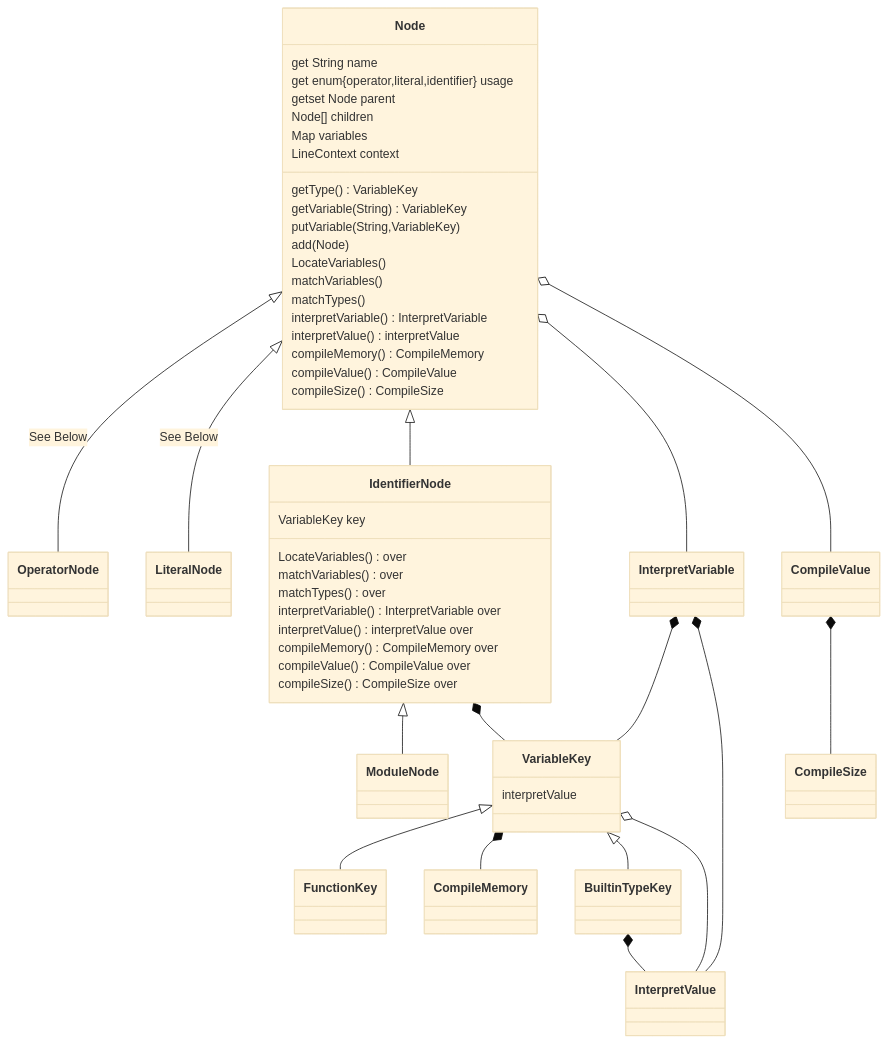
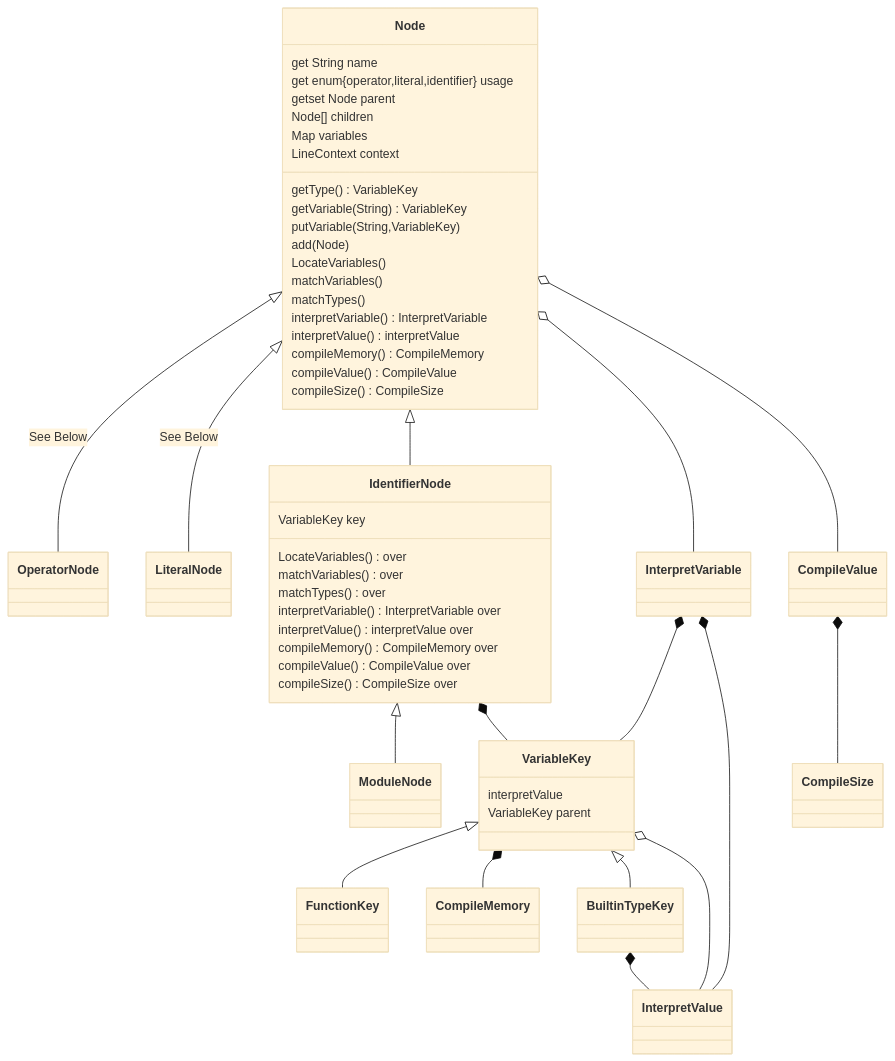
One commit to Jzhyang1/Monomer changed the first of 4 diagrams in README.md. Above: the diagram before and after it, drawn with Mermaid (base theme). The commit also changed other lines of this file, not shown here.

````diff
--- a/README.md
+++ b/README.md
@@ -239,49 +239,50 @@
 ```mermaid
 classDiagram
 Node <|-- OperatorNode: See Below
 Node <|-- LiteralNode: See Below
 Node <|-- IdentifierNode
 Node o-- InterpretVariable
 IdentifierNode <|-- ModuleNode
 IdentifierNode *-- VariableKey
 VariableKey <|-- FunctionKey
 VariableKey *-- CompileMemory
 VariableKey <|-- BuiltinTypeKey
 BuiltinTypeKey *-- InterpretValue
 VariableKey o-- InterpretValue
 InterpretVariable *-- VariableKey
 CompileValue *-- CompileSize
 Node o-- CompileValue
 InterpretVariable *-- InterpretValue
 
 Node: get String name
 Node: get enum{operator,literal,identifier} usage
 Node: getset Node parent
 Node: Node[] children
 Node: Map<String, VariableKey> variables
 Node: LineContext context
 Node: getType() VariableKey
 Node: getVariable(String) VariableKey
 Node: putVariable(String,VariableKey)
 Node: add(Node)
 Node: LocateVariables()
 Node: matchVariables()
 Node: matchTypes()
 Node: interpretVariable() InterpretVariable
 Node: interpretValue() interpretValue
 Node: compileMemory() CompileMemory
 Node: compileValue() CompileValue
 Node: compileSize() CompileSize
 
 IdentifierNode: VariableKey key
 IdentifierNode: LocateVariables() over
 IdentifierNode: matchVariables() over
 IdentifierNode: matchTypes() over
 IdentifierNode: interpretVariable() InterpretVariable over
 IdentifierNode: interpretValue() interpretValue over
 IdentifierNode: compileMemory() CompileMemory over
 IdentifierNode: compileValue() CompileValue over
 IdentifierNode: compileSize() CompileSize over
 
 VariableKey: interpretValue
+VariableKey: VariableKey parent
 ```
````
